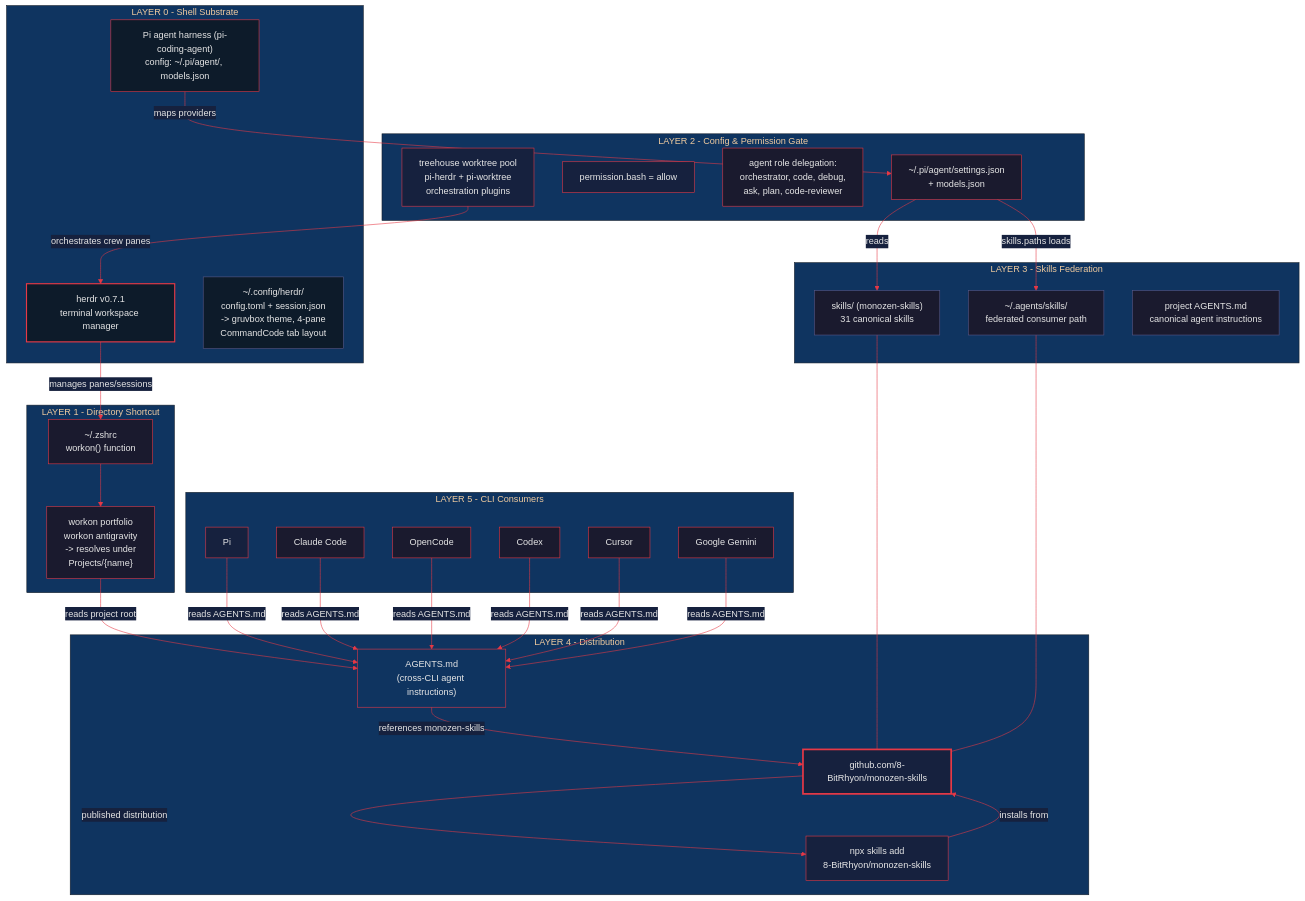
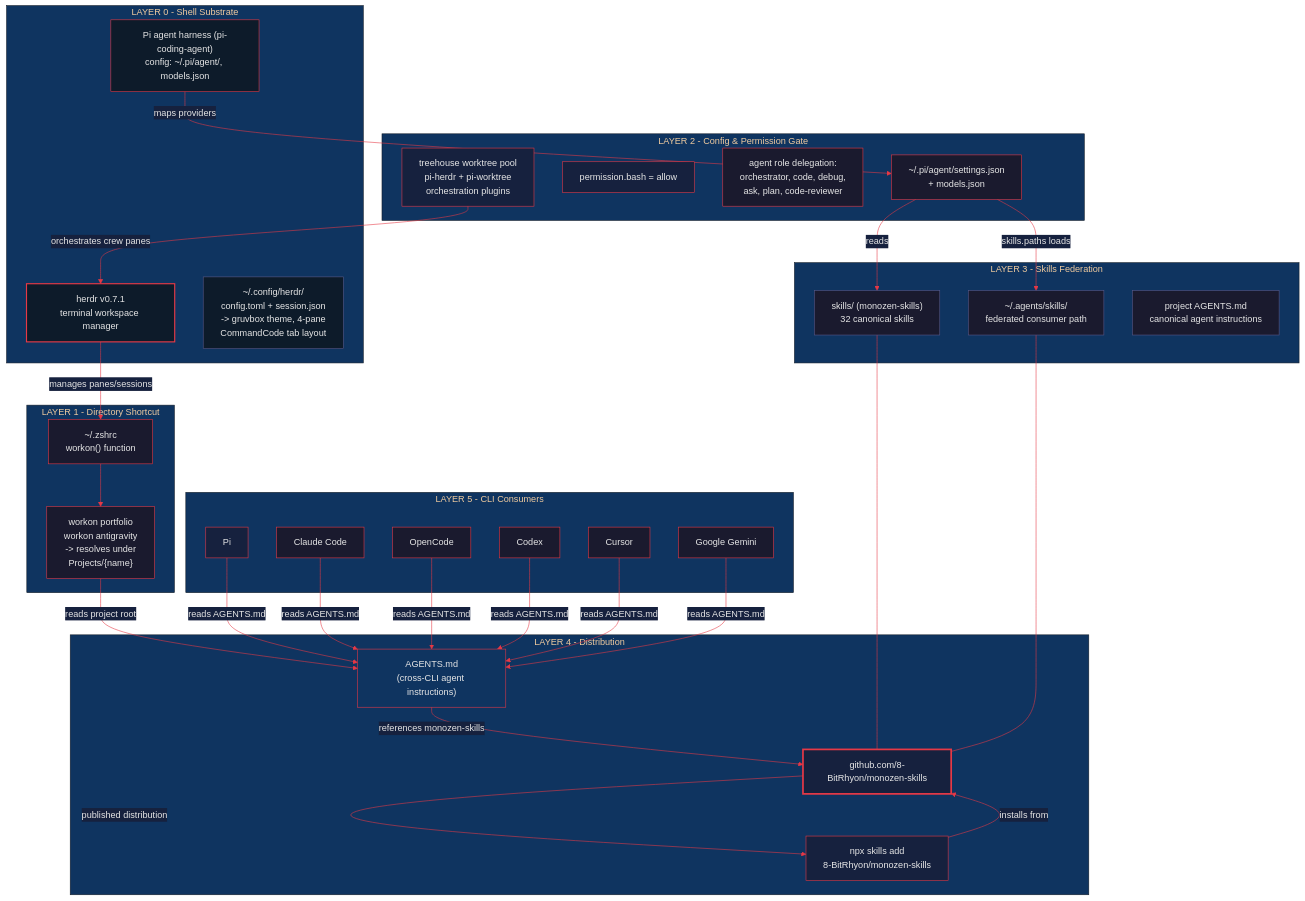
Before and after one commit to 8-BitRhyon/monozen-skills: the diagram in assets/monozen-skills-arch.mmd, drawn with Mermaid. The commit also changed 17 other files, not shown here.

```diff
--- a/assets/monozen-skills-arch.mmd
+++ b/assets/monozen-skills-arch.mmd
@@ -1,75 +1,75 @@
 %%{init: {'theme': 'base', 'themeVariables': {'primaryColor': '#1a1a2e', 'primaryTextColor': '#e6e6e6', 'primaryBorderColor': '#e63946', 'lineColor': '#e63946', 'secondaryColor': '#16213e', 'tertiaryColor': '#0f3460'}}}%%
 
 flowchart TB
     subgraph Layer0["LAYER 0 - Shell Substrate"]
         HR["herdr v0.7.1<br/>terminal workspace manager"]
         PIF["Pi agent harness (pi-coding-agent)<br/>config: ~/.pi/agent/, models.json"]
         HRCFG["~/.config/herdr/<br/>config.toml + session.json<br/>-> gruvbox theme, 4-pane<br/>  CommandCode tab layout"]
     end
 
     subgraph Layer1["LAYER 1 - Directory Shortcut"]
         ZS["~/.zshrc<br/>workon() function"]
         WU["workon portfolio<br/>workon antigravity<br/>-> resolves under<br/>Projects/{name}"]
     end
 
     subgraph Layer2["LAYER 2 - Config & Permission Gate"]
         KC["~/.pi/agent/settings.json<br/>+ models.json"]
         PERM["permission.bash = allow"]
         AGD["agent role delegation:<br/>orchestrator, code, debug,<br/>ask, plan, code-reviewer"]
         IDX["treehouse worktree pool<br/>pi-herdr + pi-worktree<br/>orchestration plugins"]
     end
 
     subgraph Layer3["LAYER 3 - Skills Federation"]
-        FS1["skills/ (monozen-skills)<br/>31 canonical skills"]
+        FS1["skills/ (monozen-skills)<br/>32 canonical skills"]
         FS2["~/.agents/skills/<br/>federated consumer path"]
         FS3["project AGENTS.md<br/>canonical agent instructions"]
     end
 
     subgraph Layer4["LAYER 4 - Distribution"]
         MS["github.com/8-BitRhyon/monozen-skills"]
         NPX["npx skills add<br/>8-BitRhyon/monozen-skills"]
         AG["AGENTS.md<br/>(cross-CLI agent instructions)"]
     end
 
     subgraph Layer5["LAYER 5 - CLI Consumers"]
         PI["Pi"]
         CC["Claude Code"]
         OC["OpenCode"]
         CX["Codex"]
         CU["Cursor"]
         GK["Google Gemini"]
     end
 
     HR -->|manages panes/sessions| ZS
     ZS --> WU
     WU -->|reads project root| AG
     AG -->|references monozen-skills| MS
     PIF -->|maps providers| KC
     KC -->|skills.paths loads| FS2
     KC -->|reads| FS1
     IDX -->|orchestrates crew panes| HR
     NPX -->|installs from| MS
     MS -->|published distribution| NPX
     FS1 --- MS
     FS2 --- MS
     PI -->|reads AGENTS.md| AG
     CC -->|reads AGENTS.md| AG
     OC -->|reads AGENTS.md| AG
     CX -->|reads AGENTS.md| AG
     CU -->|reads AGENTS.md| AG
     GK -->|reads AGENTS.md| AG
 
     style HR fill:#0d1b2a,stroke:#e63946,color:#e6e6e6,stroke-width:2px
     style PIF fill:#0d1b2a,stroke:#e63946,color:#e6e6e6
     style HRCFG fill:#0d1b2a,stroke:#5a5a8a,color:#e6e6e6
     style ZS fill:#1a1a2e,stroke:#e63946,color:#e6e6e6
     style KC fill:#1a1a2e,stroke:#e63946,color:#e6e6e6
     style MS fill:#16213e,stroke:#e63946,color:#e6e6e6,stroke-width:3px
     style AG fill:#0f3460,stroke:#e63946,color:#e6e6e6
     style NPX fill:#16213e,stroke:#e63946,color:#e6e6e6
     style FS1 fill:#1a1a2e,stroke:#5a5a8a,color:#e6e6e6
     style FS2 fill:#1a1a2e,stroke:#5a5a8a,color:#e6e6e6
     style FS3 fill:#1a1a2e,stroke:#5a5a8a,color:#e6e6e6
     style PI fill:#16213e,stroke:#e63946,color:#e6e6e6
     style PERM fill:#16213e,stroke:#e63946,color:#e6e6e6
     style IDX fill:#16213e,stroke:#e63946,color:#e6e6e6
```
